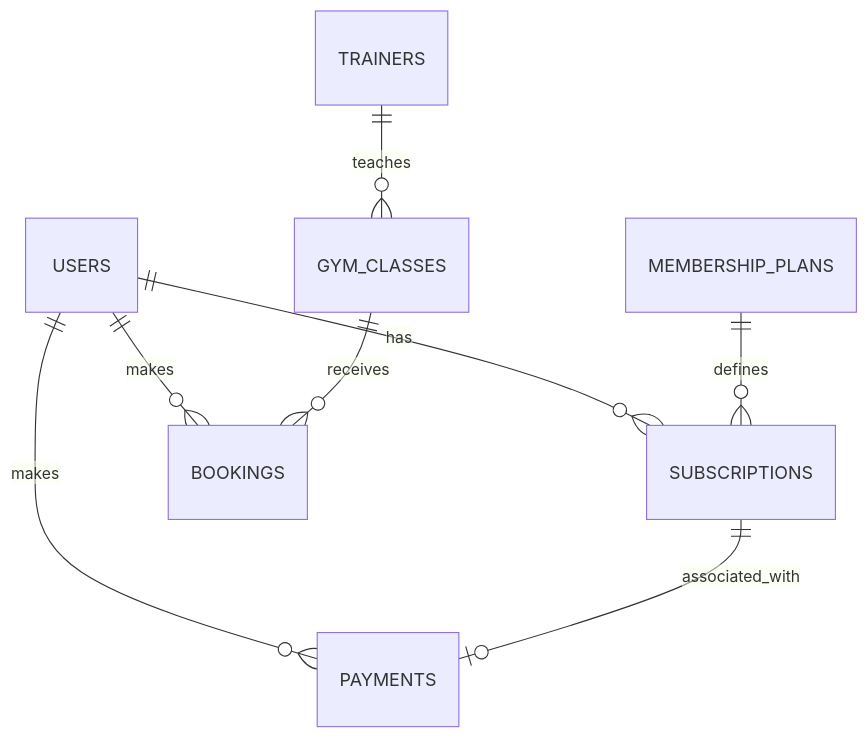
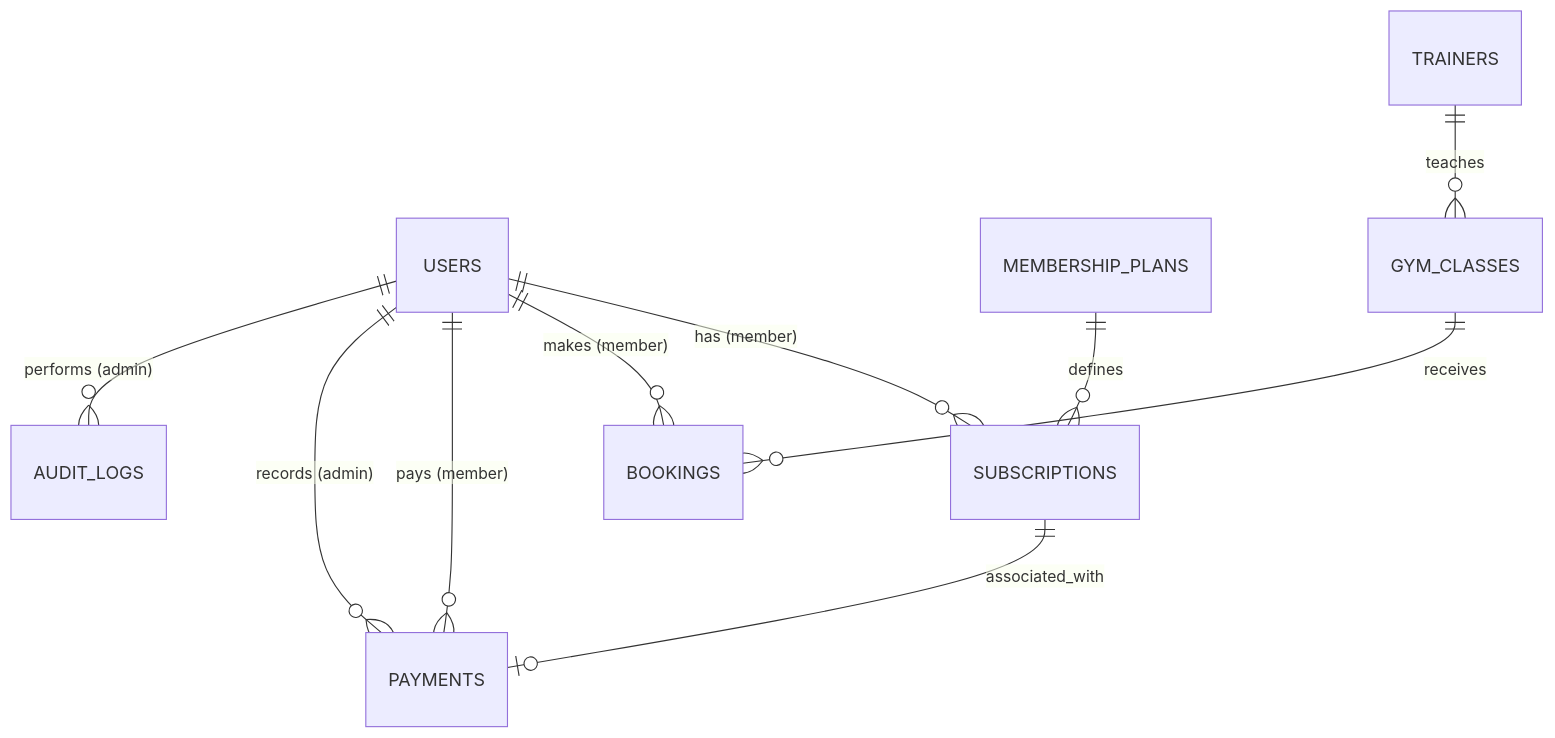
The diagram in docs/DATABASE_SCHEMA.md (ayoubrouatbi11-collab/gym_management), drawn with Mermaid before and after one commit. The commit also changed other lines of this file and 424 other files, not shown here.

````diff
--- a/docs/DATABASE_SCHEMA.md
+++ b/docs/DATABASE_SCHEMA.md
@@ -251,10 +336,12 @@
 ```mermaid
 erDiagram
-    USERS ||--o{ SUBSCRIPTIONS : has
+    USERS ||--o{ SUBSCRIPTIONS : "has (member)"
     MEMBERSHIP_PLANS ||--o{ SUBSCRIPTIONS : defines
     TRAINERS ||--o{ GYM_CLASSES : teaches
-    USERS ||--o{ BOOKINGS : makes
+    USERS ||--o{ BOOKINGS : "makes (member)"
     GYM_CLASSES ||--o{ BOOKINGS : receives
-    USERS ||--o{ PAYMENTS : makes
+    USERS ||--o{ PAYMENTS : "pays (member)"
     SUBSCRIPTIONS ||--o| PAYMENTS : associated_with
+    USERS ||--o{ PAYMENTS : "records (admin)"
+    USERS ||--o{ AUDIT_LOGS : "performs (admin)"
 ```
````
